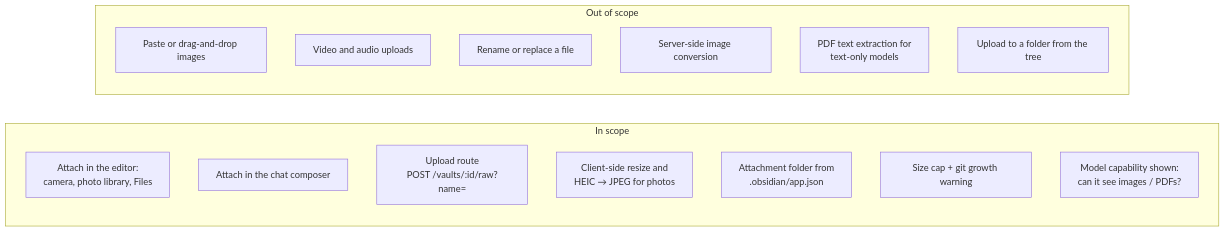
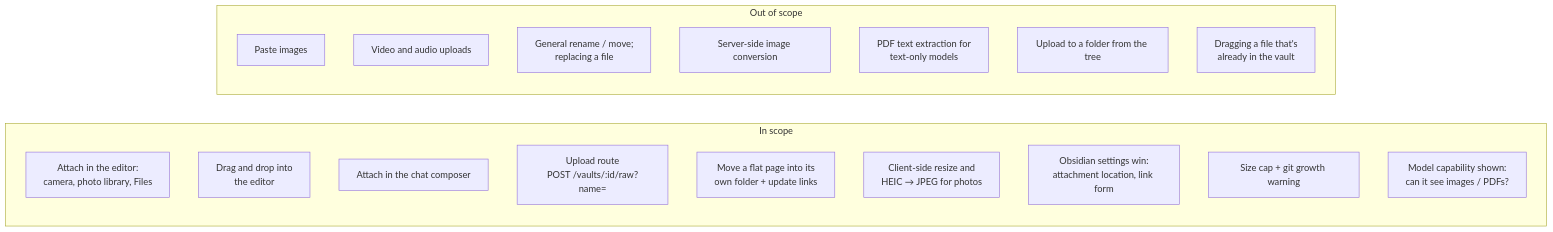
Before and after one commit to tillg/karpathy.app: the first of 2 diagrams in specs/changes/attachments/proposal.md, drawn with Mermaid. The commit also changed other lines of this file and 3 other files, not shown here.

First line of the commit message:
spec(attachments): own-folder rule, page move, drag and drop

````diff
--- a/specs/changes/attachments/proposal.md
+++ b/specs/changes/attachments/proposal.md
@@ -52,20 +111,23 @@
 ```mermaid
 flowchart LR
     subgraph In["In scope"]
       A1[Attach in the editor:<br/>camera, photo library, Files]
+      A8[Drag and drop into<br/>the editor]
       A2[Attach in the chat composer]
       A3["Upload route<br/>POST /vaults/:id/raw?name="]
+      A9[Move a flat page into its<br/>own folder + update links]
       A4[Client-side resize and<br/>HEIC → JPEG for photos]
-      A5[Attachment folder from<br/>.obsidian/app.json]
+      A5[Obsidian settings win:<br/>attachment location, link form]
       A6[Size cap + git growth warning]
       A7[Model capability shown:<br/>can it see images / PDFs?]
     end
     subgraph Out["Out of scope"]
-      X1[Paste or drag-and-drop images]
+      X1[Paste images]
       X2[Video and audio uploads]
-      X3[Rename or replace a file]
+      X3[General rename / move;<br/>replacing a file]
       X4[Server-side image conversion]
       X5[PDF text extraction for<br/>text-only models]
       X6[Upload to a folder from the tree]
+      X7[Dragging a file that's<br/>already in the vault]
     end
 ```
````
